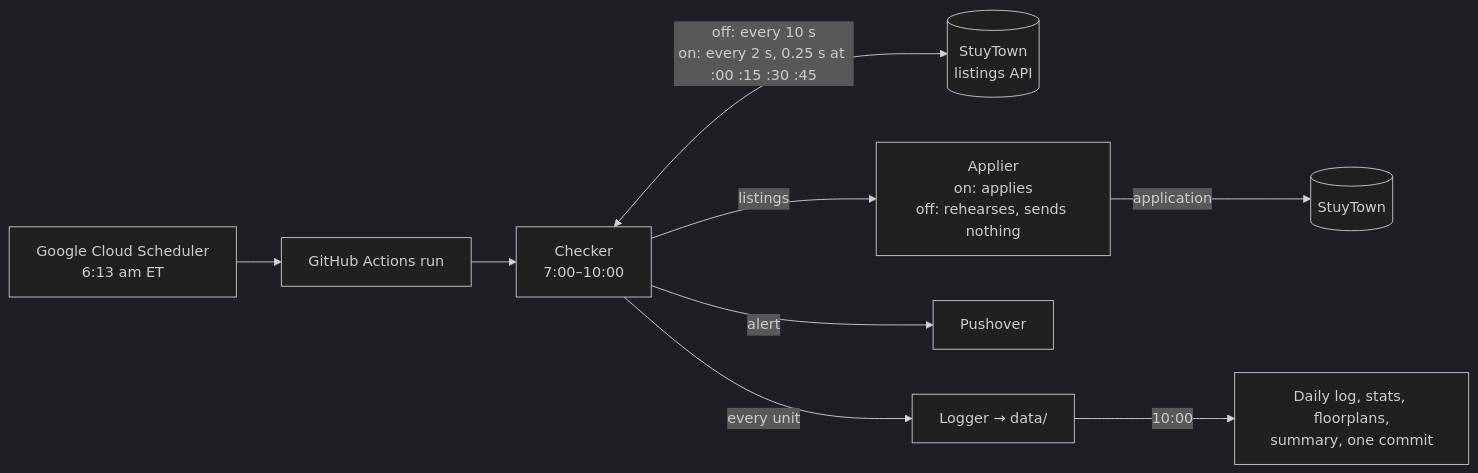
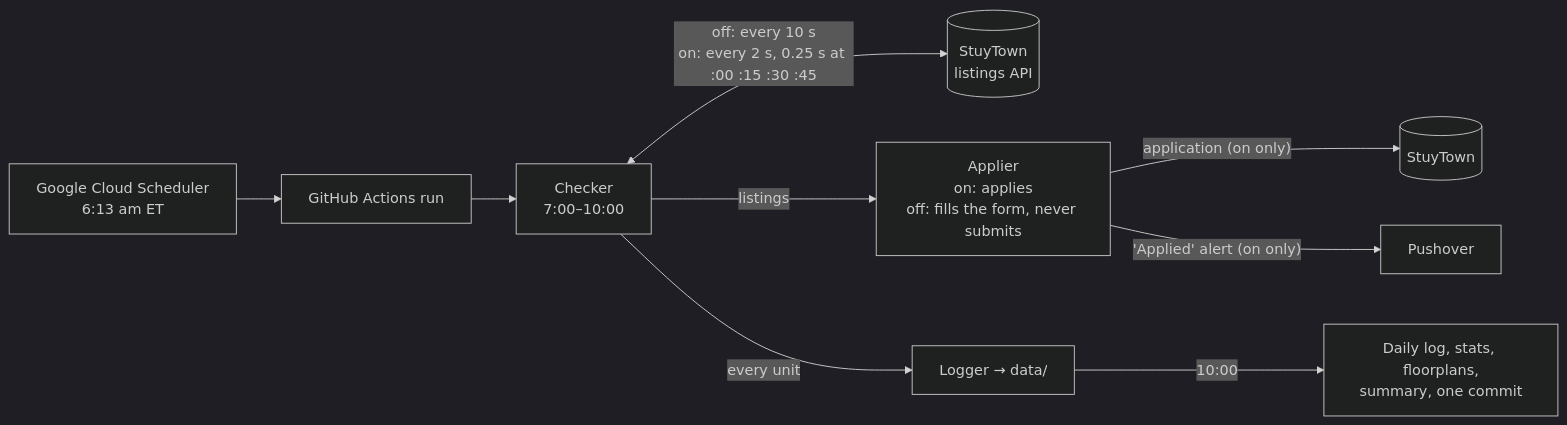
Before and after one commit to cshoffmann/stuytown-affordable-housing-watcher: the diagram in README.md, drawn with Mermaid (dark theme). The commit also changed other lines of this file and 13 other files, not shown here.

First line of the commit message:
Auto-apply off never submits or alerts; on alerts only after an application

````diff
--- a/README.md
+++ b/README.md
@@ -10,11 +10,11 @@
 ```mermaid
 flowchart LR
     S["Google Cloud Scheduler<br/>6:13 am ET"] --> R["GitHub Actions run"]
     R --> C["Checker<br/>7:00–10:00"]
     C <-->|"off: every 10 s<br/>on: every 2 s, 0.25 s at :00 :15 :30 :45"| API[("StuyTown<br/>listings API")]
-    C -->|"listings"| A["Applier<br/>on: applies<br/>off: rehearses, sends nothing"]
-    A -->|"application"| ST[("StuyTown")]
-    C -->|"alert"| P["Pushover"]
+    C -->|"listings"| A["Applier<br/>on: applies<br/>off: fills the form, never submits"]
+    A -->|"application (on only)"| ST[("StuyTown")]
+    A -->|"'Applied' alert (on only)"| P["Pushover"]
     C -->|"every unit"| L["Logger → data/"]
     L -->|"10:00"| W["Daily log, stats, floorplans,<br/>summary, one commit"]
 ```
````
